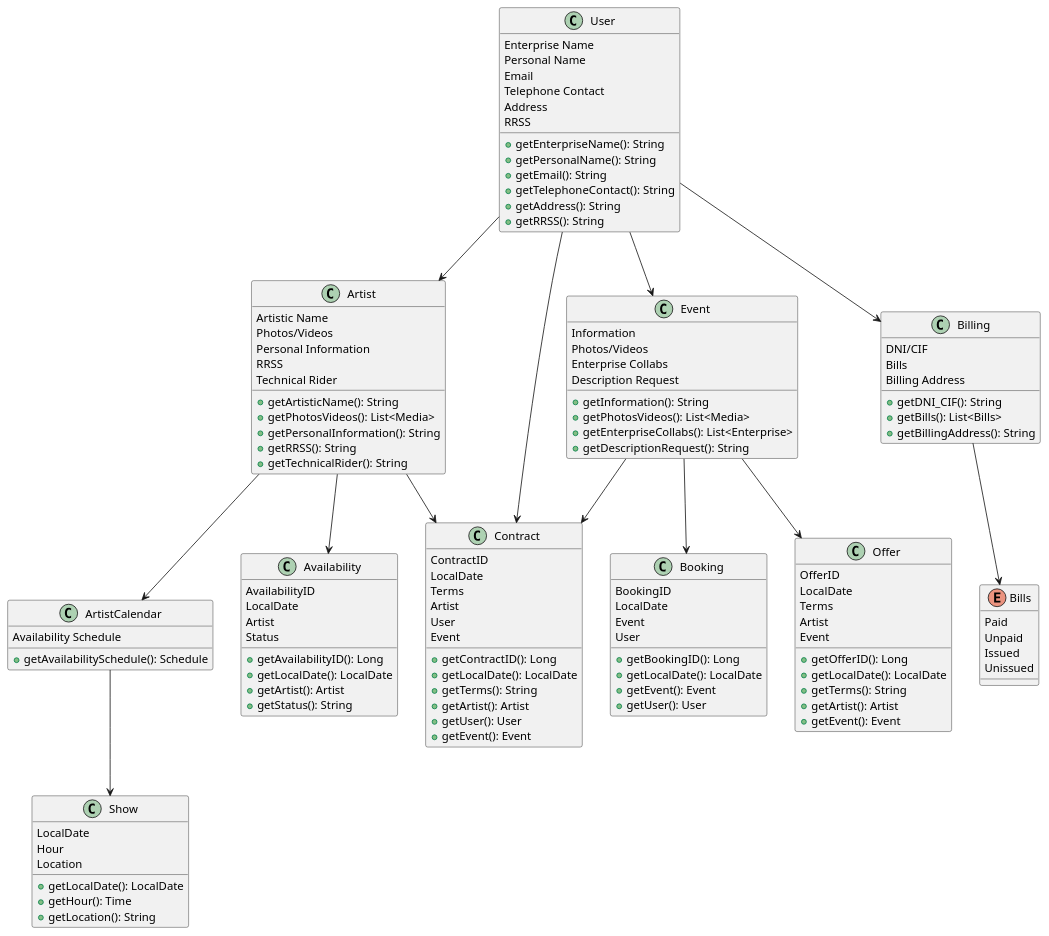
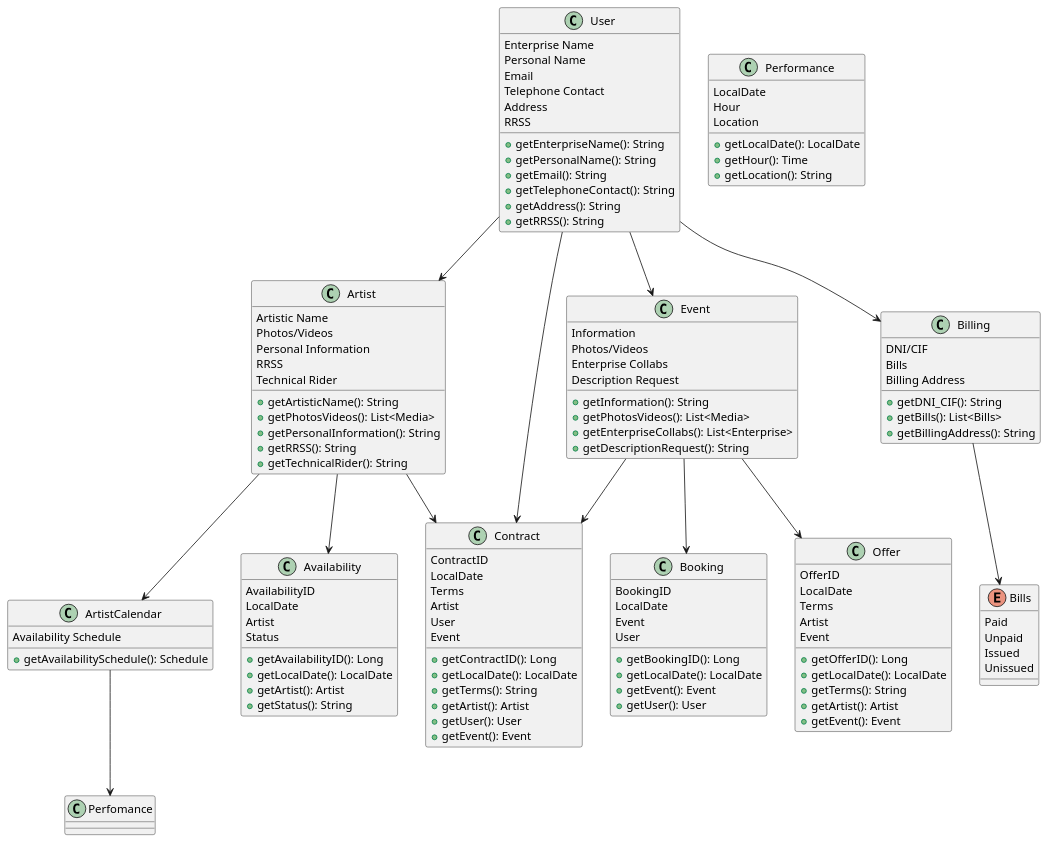
The diagram in Diagrama.puml (AdrianPintor/AlphaWeb), drawn with PlantUML before and after one commit. The commit also changed 12 other files, not shown here.

```diff
--- a/Diagrama.puml
+++ b/Diagrama.puml
@@ -1,135 +1,135 @@
 @startuml
 
 User --> Artist
 Artist --> ArtistCalendar
 User --> Event
 User --> Billing
 Billing --> Bills
-ArtistCalendar --> Show
+ArtistCalendar --> Perfomance
 Event --> Contract
 Artist --> Contract
 User --> Contract
 Event --> Booking
 Artist --> Availability
 Event --> Offer
 
 class User {
     Enterprise Name
     Personal Name
     Email
     Telephone Contact
     Address
     RRSS
     + getEnterpriseName(): String
     + getPersonalName(): String
     + getEmail(): String
     + getTelephoneContact(): String
     + getAddress(): String
     + getRRSS(): String
 }
 
 class Artist {
     Artistic Name
     Photos/Videos
     Personal Information
     RRSS
     Technical Rider
     + getArtisticName(): String
     + getPhotosVideos(): List<Media>
     + getPersonalInformation(): String
     + getRRSS(): String
     + getTechnicalRider(): String
 }
 
 class ArtistCalendar {
     Availability Schedule
     + getAvailabilitySchedule(): Schedule
 }
 
-class Show {
+class Performance {
     LocalDate
     Hour
     Location
     + getLocalDate(): LocalDate
     + getHour(): Time
     + getLocation(): String
 }
 
 class Event {
     Information
     Photos/Videos
     Enterprise Collabs
     Description Request
     + getInformation(): String
     + getPhotosVideos(): List<Media>
     + getEnterpriseCollabs(): List<Enterprise>
     + getDescriptionRequest(): String
 }
 
 class Contract {
     ContractID
     LocalDate
     Terms
     Artist
     User
     Event
     + getContractID(): Long
     + getLocalDate(): LocalDate
     + getTerms(): String
     + getArtist(): Artist
     + getUser(): User
     + getEvent(): Event
 }
 
 class Booking {
     BookingID
     LocalDate
     Event
     User
     + getBookingID(): Long
     + getLocalDate(): LocalDate
     + getEvent(): Event
     + getUser(): User
 }
 
 class Availability {
     AvailabilityID
     LocalDate
     Artist
     Status
     + getAvailabilityID(): Long
     + getLocalDate(): LocalDate
     + getArtist(): Artist
     + getStatus(): String
 }
 
 class Offer {
     OfferID
     LocalDate
     Terms
     Artist
     Event
     + getOfferID(): Long
     + getLocalDate(): LocalDate
     + getTerms(): String
     + getArtist(): Artist
     + getEvent(): Event
 }
 
 class Billing {
     DNI/CIF
     Bills
     Billing Address
     + getDNI_CIF(): String
     + getBills(): List<Bills>
     + getBillingAddress(): String
 }
 
 enum Bills {
     Paid
     Unpaid
     Issued
     Unissued
 }
 
 @enduml
```
